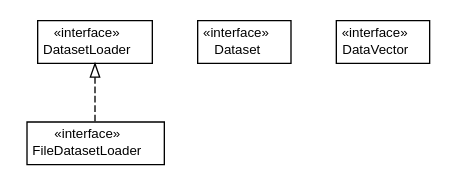
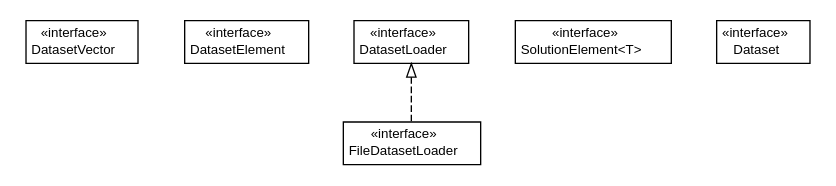
One commit to UnicaLabs-CS/Foresee changed the diagram in docs/it/unica/foresee/datasets/interfaces/it.unica.foresee.datasets.interfaces.dot. Above: the diagram before and after it, drawn with Graphviz. The commit also changed 160 other files, not shown here.

```diff
--- a/docs/it/unica/foresee/datasets/interfaces/it.unica.foresee.datasets.interfaces.dot
+++ b/docs/it/unica/foresee/datasets/interfaces/it.unica.foresee.datasets.interfaces.dot
@@ -1,42 +1,56 @@
 #!/usr/local/bin/dot
 #
 # Class diagram 
 # Generated by UMLGraph version 5.2 (http://www.umlgraph.org/)
 #
 
 digraph G {
 	edge [fontname="Helvetica",fontsize=10,labelfontname="Helvetica",labelfontsize=10];
 	node [fontname="Helvetica",fontsize=10,shape=plaintext];
 	nodesep=0.25;
 	ranksep=0.5;
+	// it.unica.foresee.datasets.interfaces.DatasetVector
+	c35 [label=<<table title="it.unica.foresee.datasets.interfaces.DatasetVector" border="0" cellborder="1" cellspacing="0" cellpadding="2" port="p" href="./DatasetVector.html">
+		<tr><td><table border="0" cellspacing="0" cellpadding="1">
+<tr><td align="center" balign="center"> &#171;interface&#187; </td></tr>
+<tr><td align="center" balign="center"> DatasetVector </td></tr>
+		</table></td></tr>
+		</table>>, fontname="Helvetica", fontcolor="black", fontsize=10.0];
+	// it.unica.foresee.datasets.interfaces.DatasetElement
+	c36 [label=<<table title="it.unica.foresee.datasets.interfaces.DatasetElement" border="0" cellborder="1" cellspacing="0" cellpadding="2" port="p" href="./DatasetElement.html">
+		<tr><td><table border="0" cellspacing="0" cellpadding="1">
+<tr><td align="center" balign="center"> &#171;interface&#187; </td></tr>
+<tr><td align="center" balign="center"> DatasetElement </td></tr>
+		</table></td></tr>
+		</table>>, fontname="Helvetica", fontcolor="black", fontsize=10.0];
 	// it.unica.foresee.datasets.interfaces.FileDatasetLoader
-	c31 [label=<<table title="it.unica.foresee.datasets.interfaces.FileDatasetLoader" border="0" cellborder="1" cellspacing="0" cellpadding="2" port="p" href="./FileDatasetLoader.html">
+	c37 [label=<<table title="it.unica.foresee.datasets.interfaces.FileDatasetLoader" border="0" cellborder="1" cellspacing="0" cellpadding="2" port="p" href="./FileDatasetLoader.html">
 		<tr><td><table border="0" cellspacing="0" cellpadding="1">
 <tr><td align="center" balign="center"> &#171;interface&#187; </td></tr>
 <tr><td align="center" balign="center"> FileDatasetLoader </td></tr>
 		</table></td></tr>
 		</table>>, fontname="Helvetica", fontcolor="black", fontsize=10.0];
+	// it.unica.foresee.datasets.interfaces.SolutionElement<T>
+	c38 [label=<<table title="it.unica.foresee.datasets.interfaces.SolutionElement" border="0" cellborder="1" cellspacing="0" cellpadding="2" port="p" href="./SolutionElement.html">
+		<tr><td><table border="0" cellspacing="0" cellpadding="1">
+<tr><td align="center" balign="center"> &#171;interface&#187; </td></tr>
+<tr><td align="center" balign="center"> SolutionElement&lt;T&gt; </td></tr>
+		</table></td></tr>
+		</table>>, fontname="Helvetica", fontcolor="black", fontsize=10.0];
 	// it.unica.foresee.datasets.interfaces.Dataset
-	c32 [label=<<table title="it.unica.foresee.datasets.interfaces.Dataset" border="0" cellborder="1" cellspacing="0" cellpadding="2" port="p" href="./Dataset.html">
+	c39 [label=<<table title="it.unica.foresee.datasets.interfaces.Dataset" border="0" cellborder="1" cellspacing="0" cellpadding="2" port="p" href="./Dataset.html">
 		<tr><td><table border="0" cellspacing="0" cellpadding="1">
 <tr><td align="center" balign="center"> &#171;interface&#187; </td></tr>
 <tr><td align="center" balign="center"> Dataset </td></tr>
 		</table></td></tr>
 		</table>>, fontname="Helvetica", fontcolor="black", fontsize=10.0];
 	// it.unica.foresee.datasets.interfaces.DatasetLoader
-	c33 [label=<<table title="it.unica.foresee.datasets.interfaces.DatasetLoader" border="0" cellborder="1" cellspacing="0" cellpadding="2" port="p" href="./DatasetLoader.html">
+	c40 [label=<<table title="it.unica.foresee.datasets.interfaces.DatasetLoader" border="0" cellborder="1" cellspacing="0" cellpadding="2" port="p" href="./DatasetLoader.html">
 		<tr><td><table border="0" cellspacing="0" cellpadding="1">
 <tr><td align="center" balign="center"> &#171;interface&#187; </td></tr>
 <tr><td align="center" balign="center"> DatasetLoader </td></tr>
 		</table></td></tr>
 		</table>>, fontname="Helvetica", fontcolor="black", fontsize=10.0];
-	// it.unica.foresee.datasets.interfaces.DataVector
-	c34 [label=<<table title="it.unica.foresee.datasets.interfaces.DataVector" border="0" cellborder="1" cellspacing="0" cellpadding="2" port="p" href="./DataVector.html">
-		<tr><td><table border="0" cellspacing="0" cellpadding="1">
-<tr><td align="center" balign="center"> &#171;interface&#187; </td></tr>
-<tr><td align="center" balign="center"> DataVector </td></tr>
-		</table></td></tr>
-		</table>>, fontname="Helvetica", fontcolor="black", fontsize=10.0];
 	//it.unica.foresee.datasets.interfaces.FileDatasetLoader implements it.unica.foresee.datasets.interfaces.DatasetLoader
-	c33:p -> c31:p [dir=back,arrowtail=empty,style=dashed];
+	c40:p -> c37:p [dir=back,arrowtail=empty,style=dashed];
 }
```
